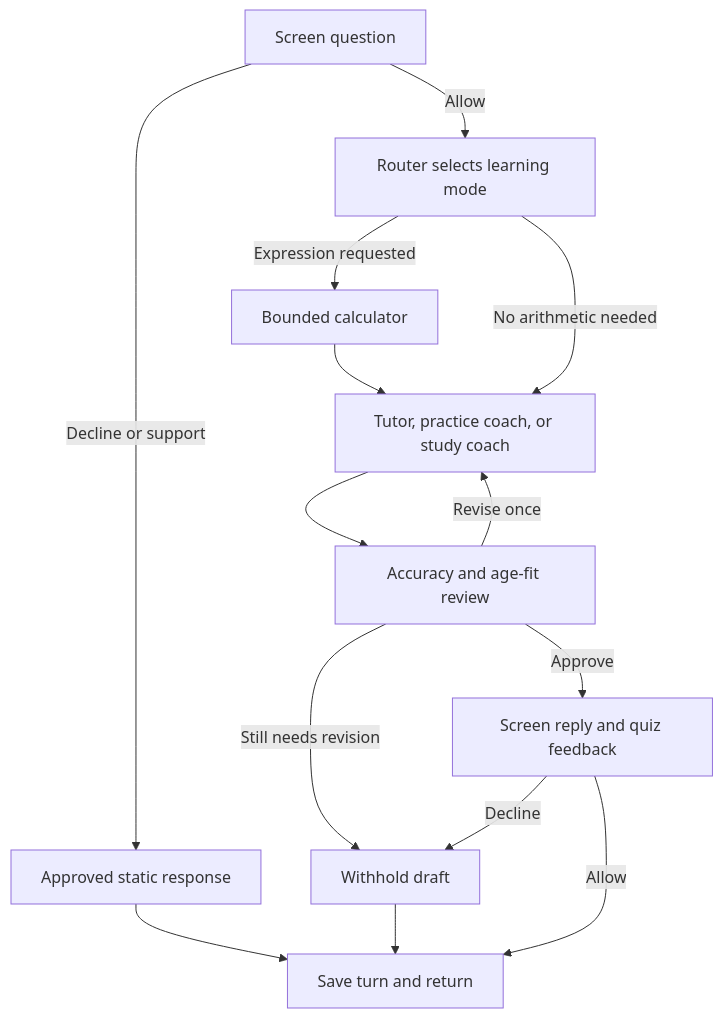
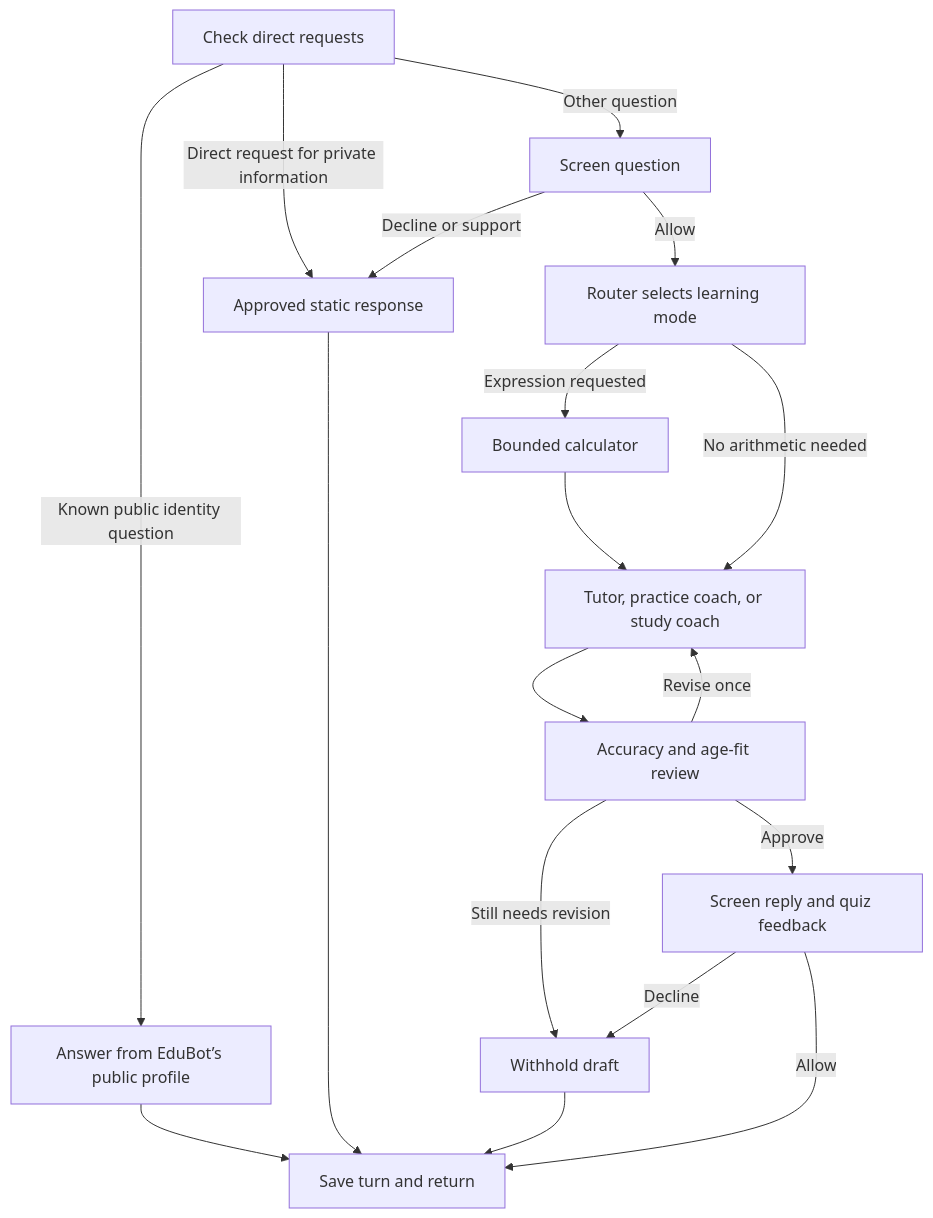
Before and after one commit to JSMboli/EduAgents: the second of 2 diagrams in README.md, drawn with Mermaid. The commit also changed other lines of this file and 8495 other files, not shown here.

````diff
--- a/README.md
+++ b/README.md
@@ -48,16 +48,20 @@
 ```mermaid
 flowchart TD
+    Direct["Check direct requests"] -->|"Known public identity question"| Identity["Answer from EduBot’s public profile"]
+    Direct -->|"Direct request for private information"| ReplySafe
+    Direct -->|"Other question"| In
     In["Screen question"] -->|"Decline or support"| ReplySafe["Approved static response"]
     In -->|"Allow"| Route["Router selects learning mode"]
     Route -->|"Expression requested"| Tool["Bounded calculator"]
     Route -->|"No arithmetic needed"| Agent["Tutor, practice coach, or study coach"]
     Tool --> Agent
     Agent --> Review["Accuracy and age-fit review"]
     Review -->|"Revise once"| Agent
     Review -->|"Still needs revision"| Hold["Withhold draft"]
     Review -->|"Approve"| Out["Screen reply and quiz feedback"]
     Out -->|"Decline"| Hold
     Out -->|"Allow"| Save["Save turn and return"]
+    Identity --> Save
     ReplySafe --> Save
     Hold --> Save
 ```
````
